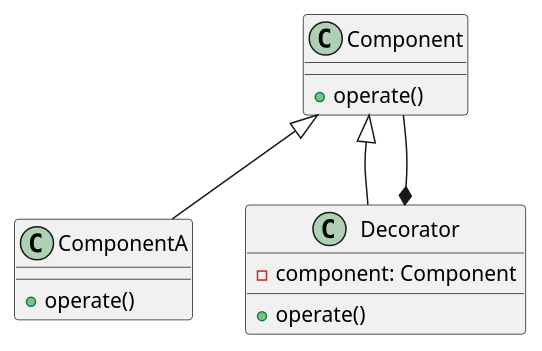
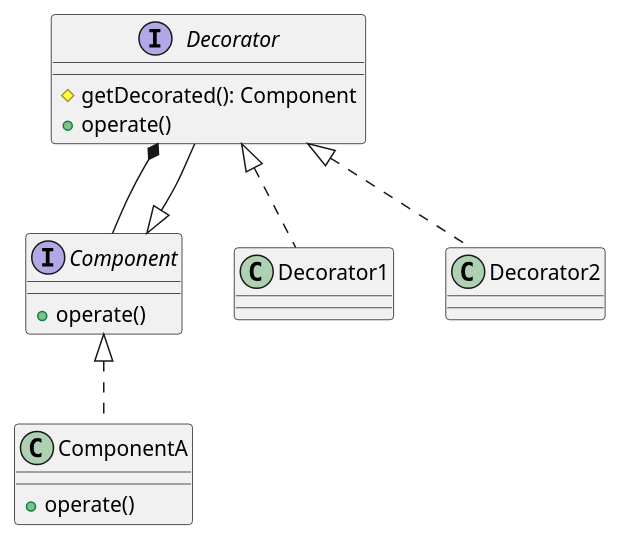
One commit to mengxianbin/cs-notes changed the diagram in Design/Design Patterns/Structural Patterns/Decorator.md. Above: the diagram before and after it, drawn with PlantUML. The commit also changed 11 other files, not shown here.

````diff
--- a/Design/Design Patterns/Structural Patterns/Decorator.md
+++ b/Design/Design Patterns/Structural Patterns/Decorator.md
@@ -1,22 +1,33 @@
 ```puml
 @startuml
 
-class Component {
+interface Component {
     + operate()
 }
 
 class ComponentA {
     + operate()
 }
 
-class Decorator {
-    - component: Component
+interface Decorator {
+    # getDecorated(): Component
     + operate()
 }
 
-ComponentA --up|> Component
+ComponentA ..up|> Component
 Decorator --up|> Component
 Decorator *-- Component
 
+class Decorator1 {
+
+}
+
+class Decorator2 {
+    
+}
+
+Decorator1 ..up|> Decorator
+Decorator2 ..up|> Decorator
+
 @enduml
 ```
````
